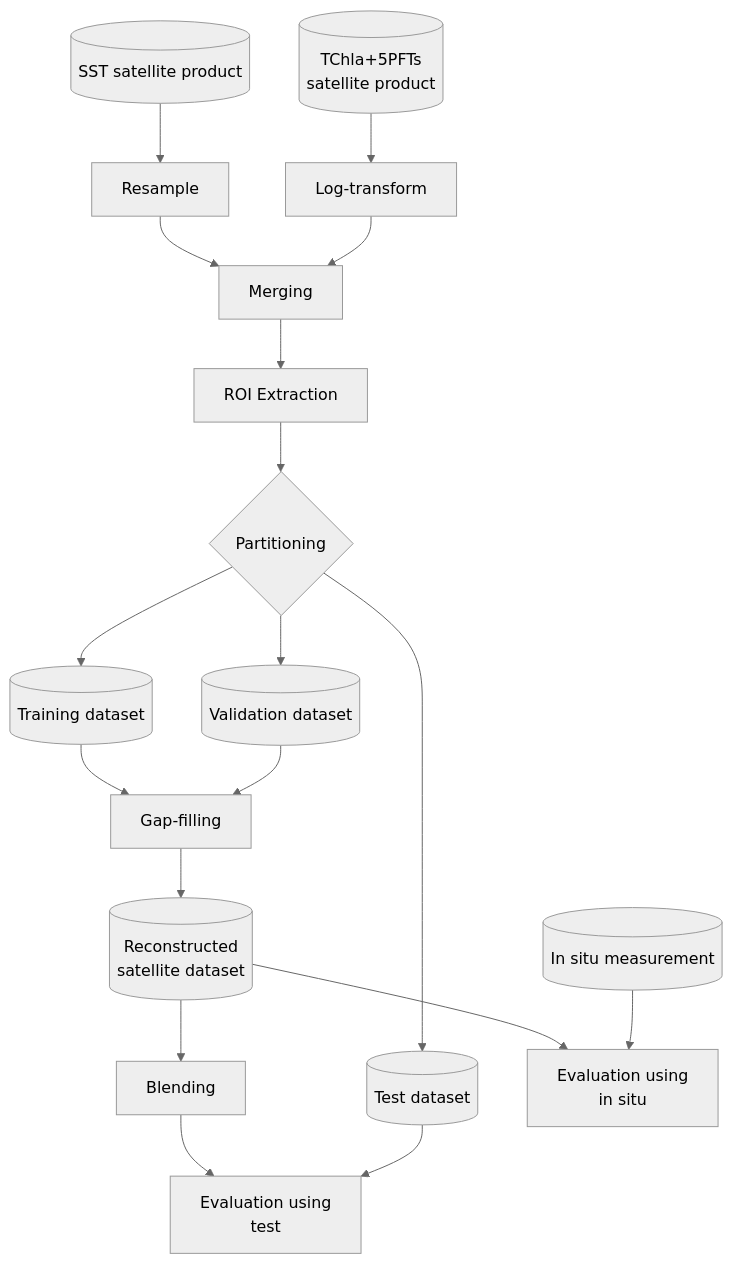
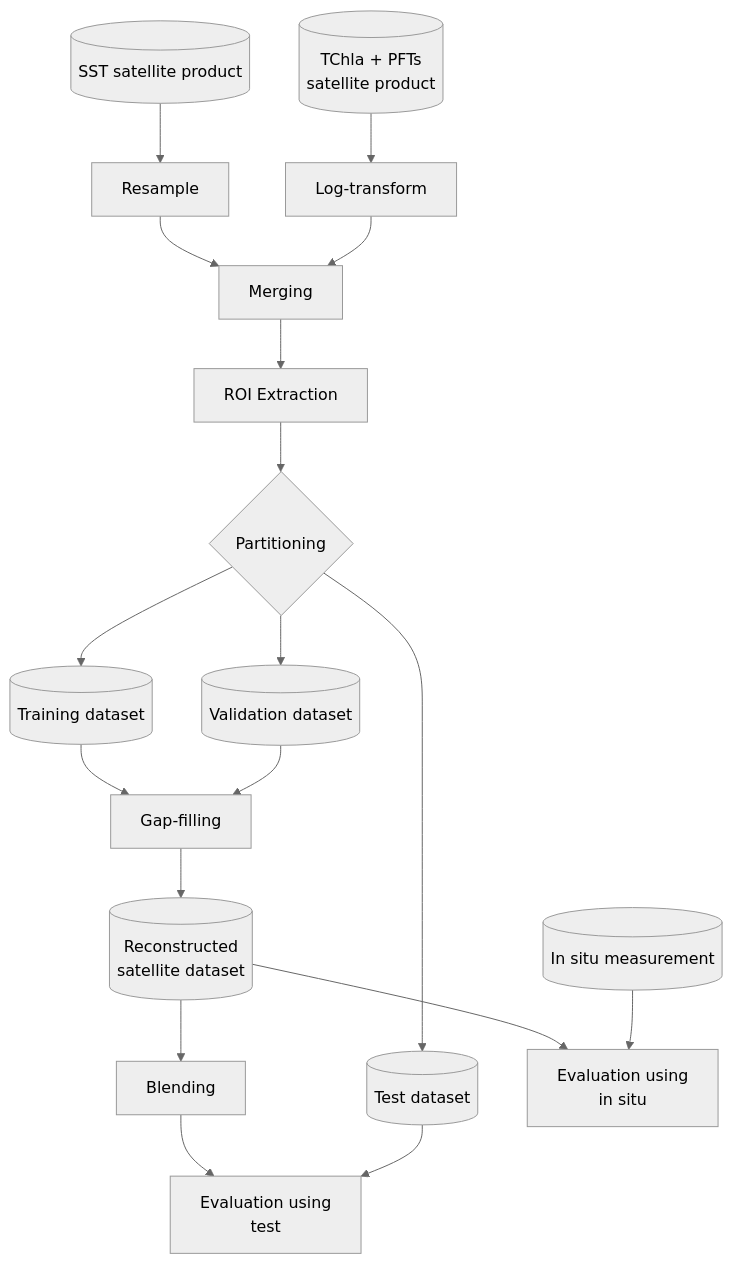
Before and after one commit to EhsanMehdipour/PFT_gapfilling: the diagram in README.md, drawn with Mermaid (neutral theme).

````diff
--- a/README.md
+++ b/README.md
@@ -42,34 +42,34 @@
 ```mermaid
 flowchart TD
     A1@{ shape: cyl, label: "SST satellite product" }
     %% A1[SST]
-    A2@{ shape: cyl, label: "TChla+5PFTs 
+    A2@{ shape: cyl, label: "TChla + PFTs 
     satellite product" }
     %% A2[TChla+5PFT]
     A3@{ shape: cyl, label: "In situ measurement" }
     %% A3[In situ]
 
     A1-->D[Resample]
     A2-->E[Log-transform]
     D-->F[Merging]
     E-->F
     F-->G[ROI Extraction]
     G-->H{Partitioning}
 
     H-->I1@{ shape: cyl, label: "Training dataset"}
     H-->I2@{ shape: cyl, label: "Validation dataset"}
     H-->I3@{ shape: cyl, label: "Test dataset"}
 
     I1-->J[Gap-filling]
     I2-->J
 
     J-->K@{ shape: cyl, label: "Reconstructed 
     satellite dataset"}
     K-->L[Blending]
     L-->N[Evaluation using 
     test]
     K-->M
     A3-->M[Evaluation using 
     in situ]
     I3-->N
 ```
````
